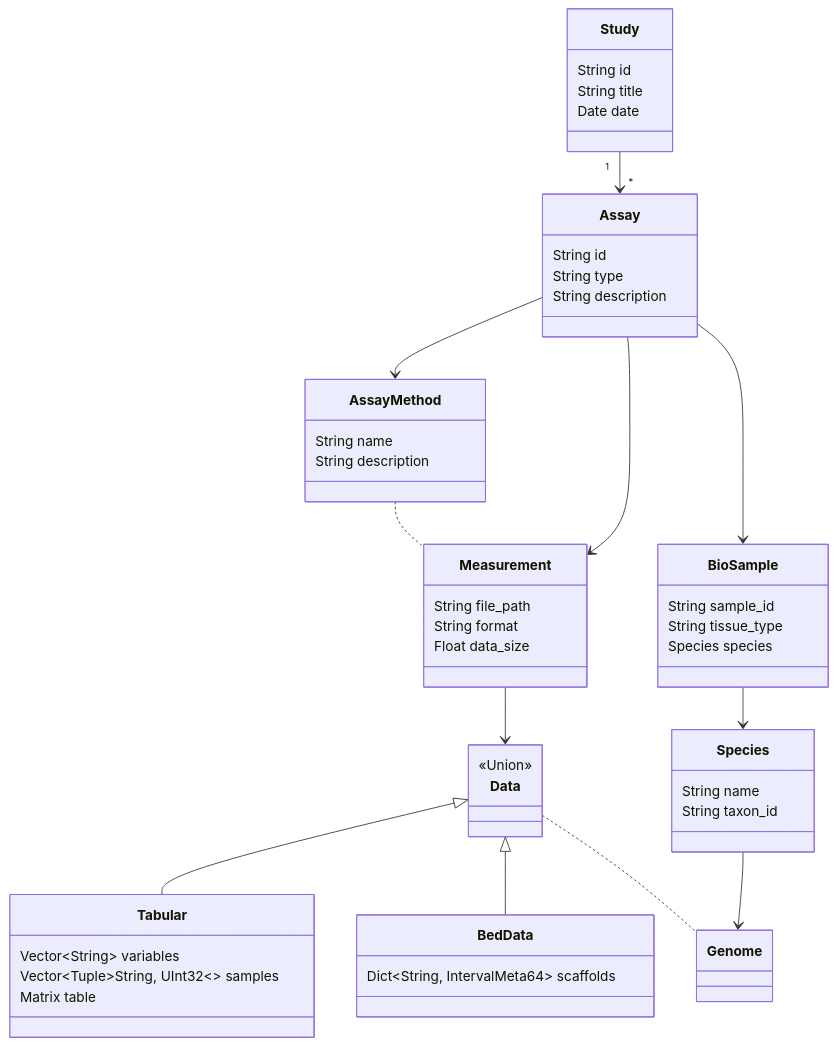
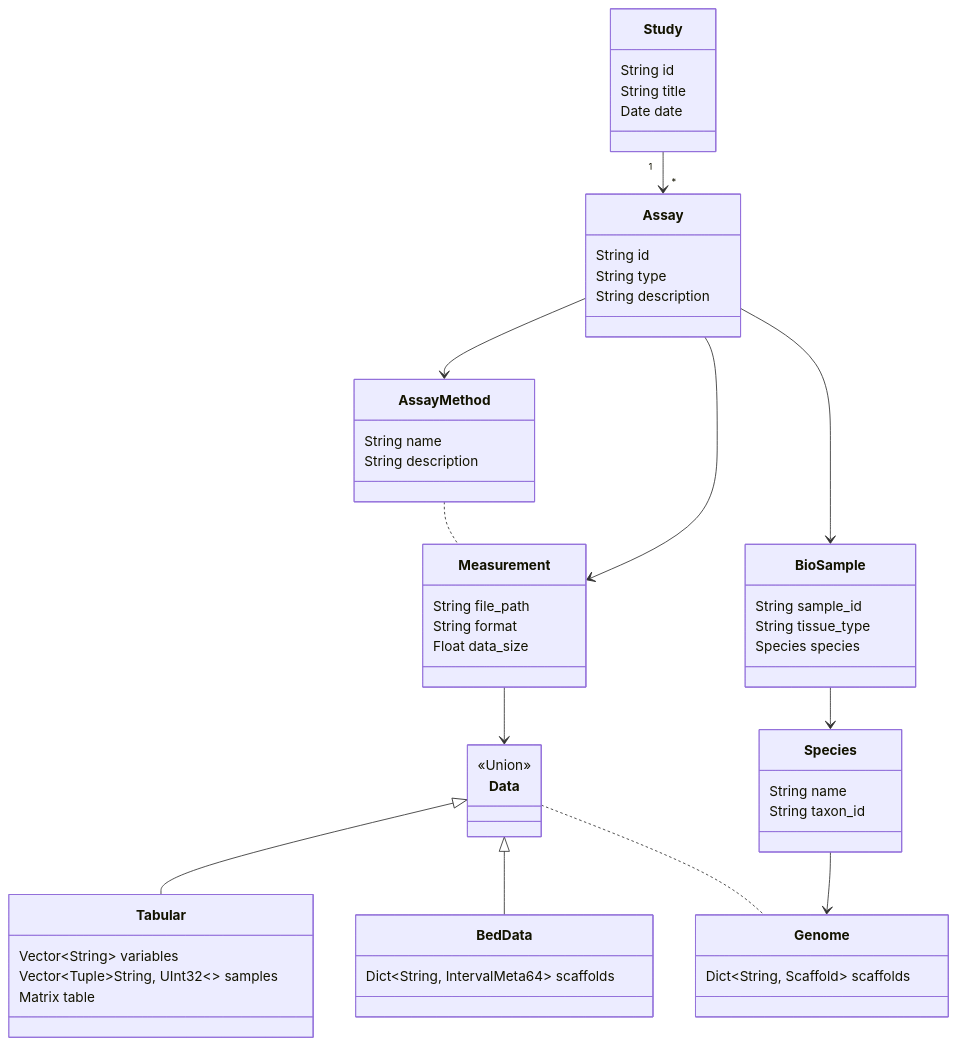
One commit to tdw-89/BioinfoTools2.jl changed the diagram in README.md. Above: the diagram before and after it, drawn with Mermaid. The commit also changed other lines of this file and 8 other files, not shown here.

````diff
--- a/README.md
+++ b/README.md
@@ -14,67 +14,68 @@
 ```mermaid
 classDiagram
 direction TB
     class Study {
 	    String id
 	    String title
 	    Date date
     }
 
     class Assay {
 	    String id
 	    String type
 	    String description
     }
 
     class Measurement {
 	    String file_path
 	    String format
 	    Float data_size
     }
 
     class Data {
         <<Union>>
     }
 
     class Tabular {
         Vector~String~ variables
         Vector~Tuple~String, UInt32~~ samples
         Matrix table
     }
 
     class BedData {
         Dict~String, IntervalMeta64~  scaffolds
     }
 
     Data <|-- Tabular
     Data <|-- BedData
 
     class BioSample {
 	    String sample_id
 	    String tissue_type
 	    Species species
     }
 
     class Species {
 	    String name
 	    String taxon_id
     }
 
     class Genome {
+        Dict~String, Scaffold~ scaffolds
     }
 
     class AssayMethod {
 	    String name
 	    String description
     }
 
     Study "1" --> "*" Assay
     Assay --> Measurement
     Measurement --> Data
     Assay --> BioSample
     BioSample --> Species
     Species --> Genome
     Data .. Genome
     Assay --> AssayMethod
     AssayMethod .. Measurement
 ```
````
